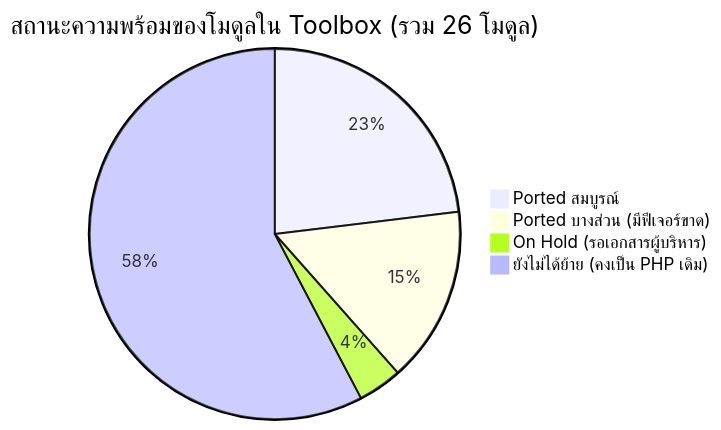
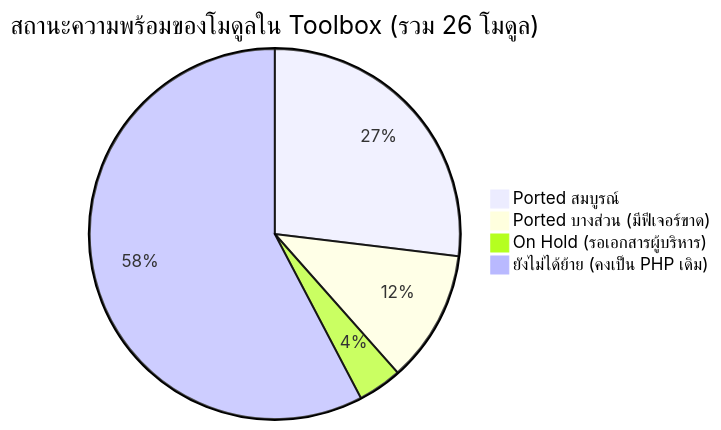
Before and after one commit to Scyst/MES: the first of 2 diagrams in MES/docs/blueprint/MES_LEGACY_VS_TOOLBOX_GAP_ANALYSIS.md, drawn with Mermaid. The commit also changed other lines of this file and 1 other file, not shown here.

````diff
--- a/MES/docs/blueprint/MES_LEGACY_VS_TOOLBOX_GAP_ANALYSIS.md
+++ b/MES/docs/blueprint/MES_LEGACY_VS_TOOLBOX_GAP_ANALYSIS.md
@@ -18,7 +18,7 @@
 ```mermaid
 pie title สถานะความพร้อมของโมดูลใน Toolbox (รวม 26 โมดูล)
-    "Ported สมบูรณ์" : 6
-    "Ported บางส่วน (มีฟีเจอร์ขาด)" : 4
+    "Ported สมบูรณ์" : 7
+    "Ported บางส่วน (มีฟีเจอร์ขาด)" : 3
     "On Hold (รอเอกสารผู้บริหาร)" : 1
     "ยังไม่ได้ย้าย (คงเป็น PHP เดิม)" : 15
 ```
````
